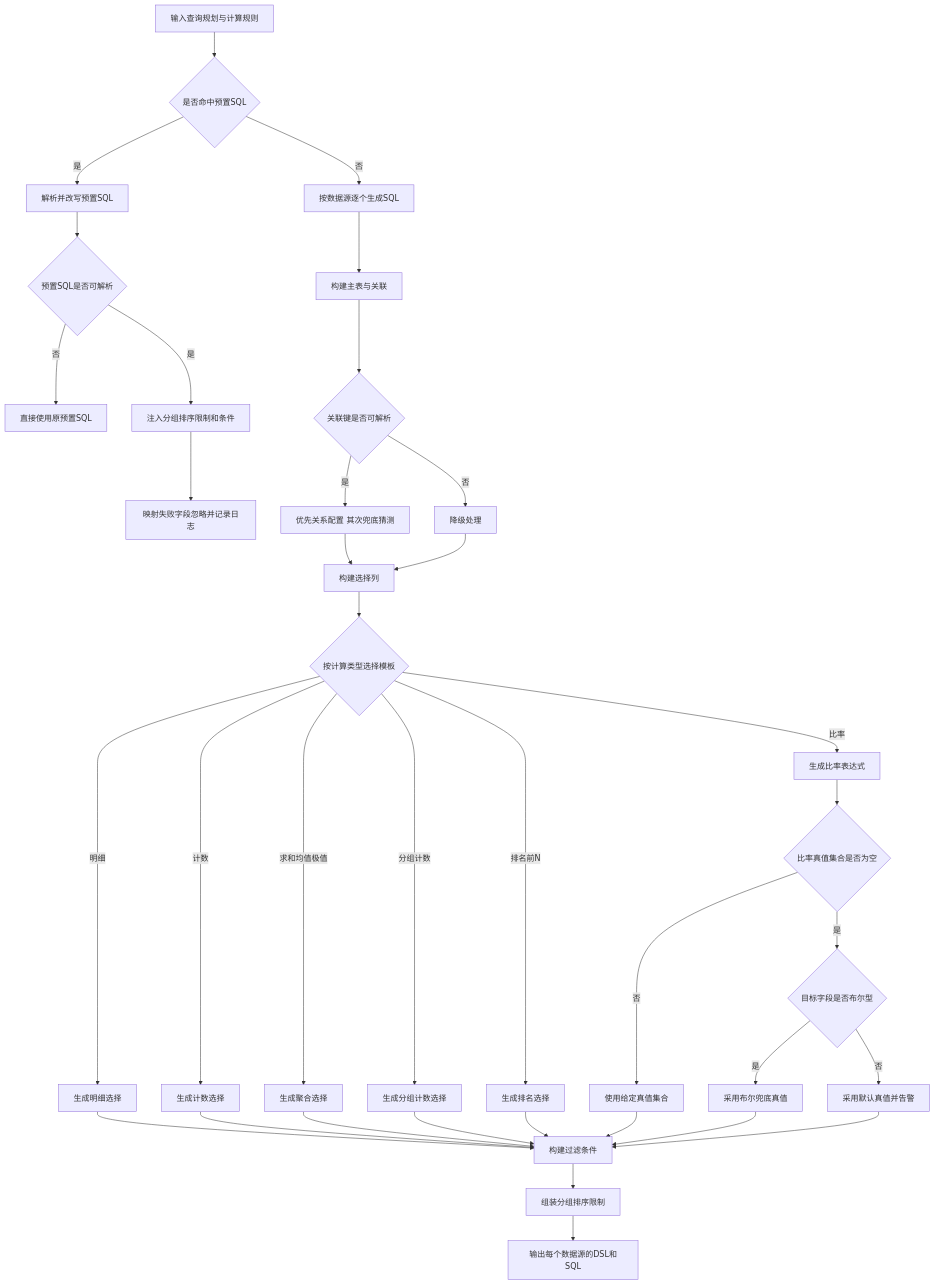
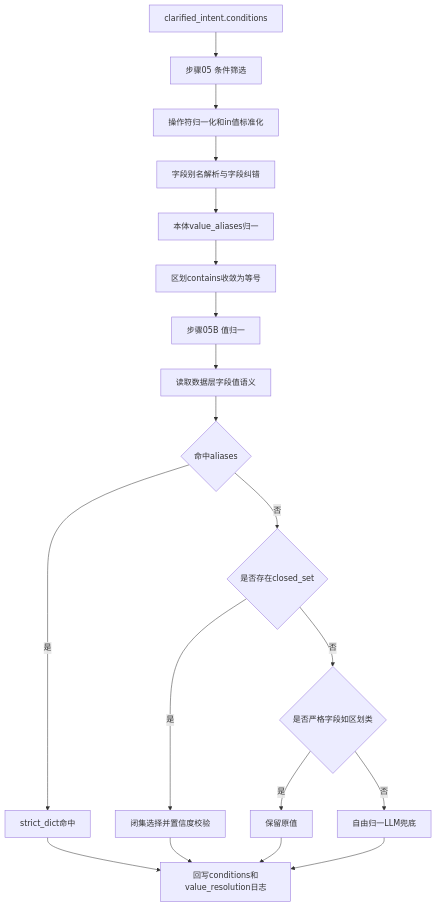
The fifth of 8 diagrams in docs/pipeline_flow_detailed.md (fengjianhuaxin/testtodsl), drawn with Mermaid before and after one commit. The commit also changed other lines of this file, not shown here.

Commit message:
docs: refresh pipeline flowchart for split planner and inner/left join

````diff
--- a/docs/pipeline_flow_detailed.md
+++ b/docs/pipeline_flow_detailed.md
@@ -231,44 +98,24 @@
 ```mermaid
 flowchart TD
-    G0[输入查询规划与计算规则] --> G1{是否命中预置SQL}
+    G0[clarified_intent.conditions] --> G1[步骤05 条件筛选]
+    G1 --> G2[操作符归一化和in值标准化]
+    G2 --> G3[字段别名解析与字段纠错]
+    G3 --> G4[本体value_aliases归一]
+    G4 --> G5[区划contains收敛为等号]
+    G5 --> H0[步骤05B 值归一]
 
-    G1 -- 是 --> G2[解析并改写预置SQL]
-    G2 --> G3{预置SQL是否可解析}
-    G3 -- 否 --> G4[直接使用原预置SQL]
-    G3 -- 是 --> G5[注入分组排序限制和条件]
-    G5 --> G6[映射失败字段忽略并记录日志]
+    H0 --> H1[读取数据层字段值语义]
+    H1 --> H2{命中aliases}
+    H2 -- 是 --> H3[strict_dict命中]
+    H2 -- 否 --> H4{是否存在closed_set}
 
-    G1 -- 否 --> H1[按数据源逐个生成SQL]
-    H1 --> H2[构建主表与关联]
-    H2 --> H3{关联键是否可解析}
-    H3 -- 是 --> H4[优先关系配置 其次兜底猜测]
-    H3 -- 否 --> H5[降级处理]
-    H4 --> H6[构建选择列]
-    H5 --> H6
+    H4 -- 是 --> H5[闭集选择并置信度校验]
+    H4 -- 否 --> H6{是否严格字段如区划类}
+    H6 -- 是 --> H7[保留原值]
+    H6 -- 否 --> H8[自由归一LLM兜底]
 
-    H6 --> H7{按计算类型选择模板}
-    H7 -- 明细 --> H8[生成明细选择]
-    H7 -- 计数 --> H9[生成计数选择]
-    H7 -- 求和均值极值 --> H10[生成聚合选择]
-    H7 -- 分组计数 --> H11[生成分组计数选择]
-    H7 -- 排名前N --> H12[生成排名选择]
-    H7 -- 比率 --> H13[生成比率表达式]
-
-    H13 --> H14{比率真值集合是否为空}
-    H14 -- 否 --> H15[使用给定真值集合]
-    H14 -- 是 --> H16{目标字段是否布尔型}
-    H16 -- 是 --> H17[采用布尔兜底真值]
-    H16 -- 否 --> H18[采用默认真值并告警]
-
-    H8 --> H19[构建过滤条件]
-    H9 --> H19
-    H10 --> H19
-    H11 --> H19
-    H12 --> H19
-    H15 --> H19
-    H17 --> H19
-    H18 --> H19
-
-    H19 --> H20[组装分组排序限制]
-    H20 --> H21[输出每个数据源的DSL和SQL]
+    H3 --> H9[回写conditions和value_resolution日志]
+    H5 --> H9
+    H7 --> H9
+    H8 --> H9
 ```
````
